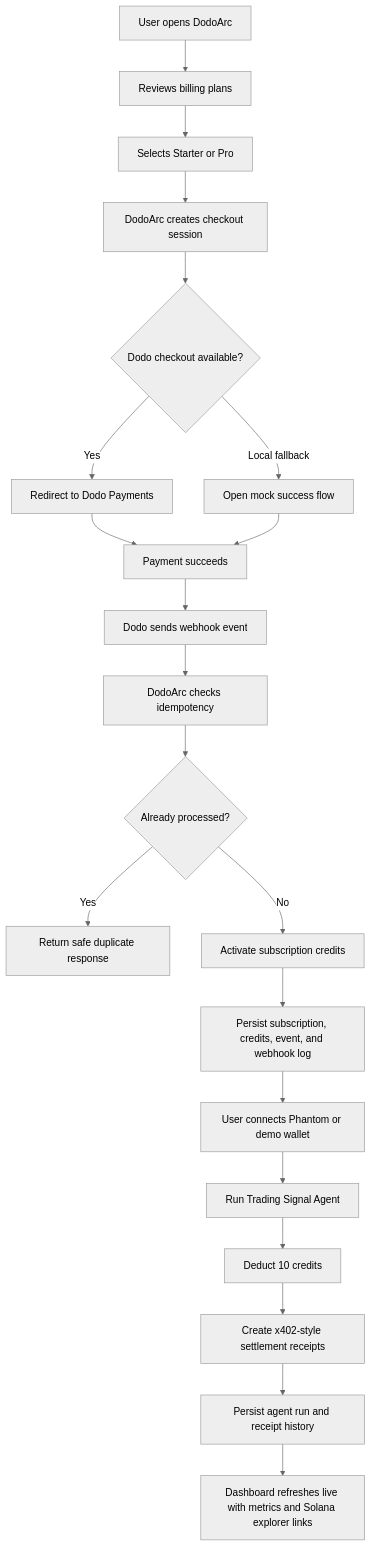
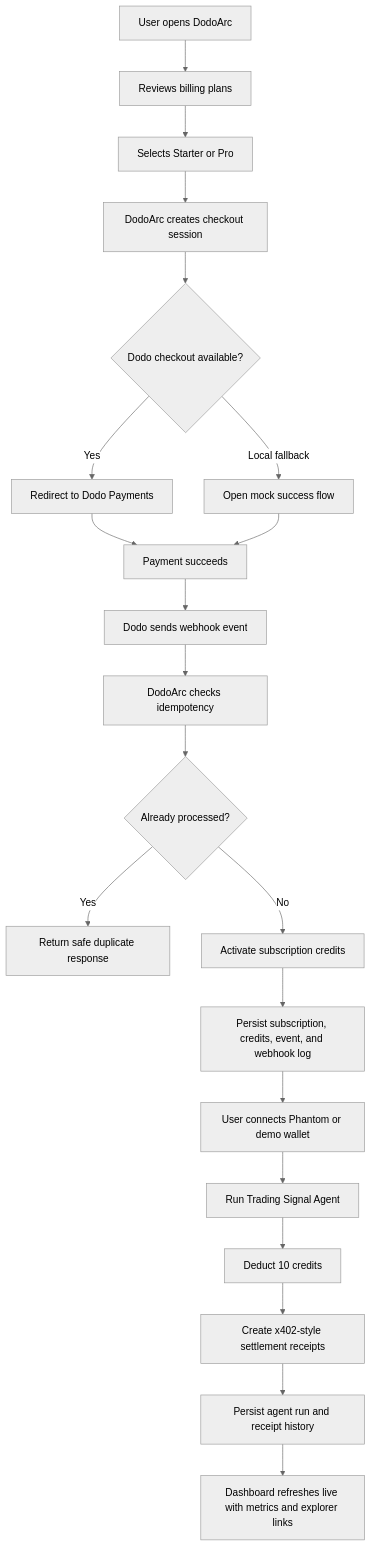
One commit to ShivamSoni20/DodoArc changed the second of 5 diagrams in README.md. Above: the diagram before and after it, drawn with Mermaid (neutral theme). The commit also changed other lines of this file and 31 other files, not shown here.

````diff
--- a/README.md
+++ b/README.md
@@ -148,23 +185,23 @@
 ```mermaid
 flowchart TD
     A["User opens DodoArc"] --> B["Reviews billing plans"]
     B --> C["Selects Starter or Pro"]
     C --> D["DodoArc creates checkout session"]
     D --> E{"Dodo checkout available?"}
     E -->|Yes| F["Redirect to Dodo Payments"]
     E -->|Local fallback| G["Open mock success flow"]
     F --> H["Payment succeeds"]
     G --> H
     H --> I["Dodo sends webhook event"]
     I --> J["DodoArc checks idempotency"]
     J --> K{"Already processed?"}
     K -->|Yes| L["Return safe duplicate response"]
     K -->|No| M["Activate subscription credits"]
     M --> N["Persist subscription, credits, event, and webhook log"]
     N --> O["User connects Phantom or demo wallet"]
     O --> P["Run Trading Signal Agent"]
     P --> Q["Deduct 10 credits"]
     Q --> R["Create x402-style settlement receipts"]
     R --> S["Persist agent run and receipt history"]
-    S --> T["Dashboard refreshes live with metrics and Solana explorer links"]
+    S --> T["Dashboard refreshes live with metrics and explorer links"]
 ```
````
